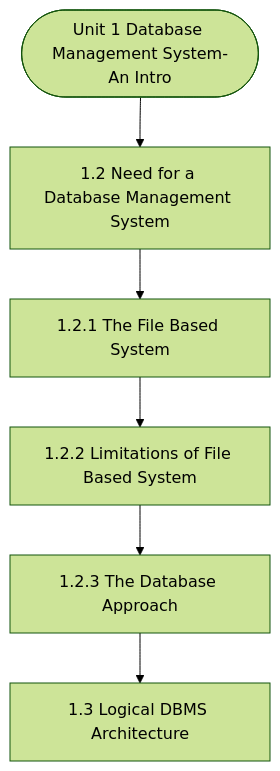
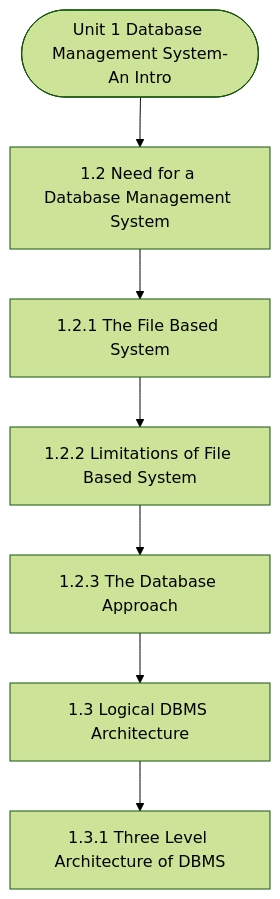
Before and after one commit to Asutosh-Coaching/mscdsa: the diagram in notes/Semester_1/MCS-207_Database_Management_Systems/unit_01_Database_Management_System-An_Introduction.md, drawn with Mermaid (forest theme). The commit also changed other lines of this file and 116 other files, not shown here.

````diff
--- a/notes/Semester_1/MCS-207_Database_Management_Systems/unit_01_Database_Management_System-An_Introduction.md
+++ b/notes/Semester_1/MCS-207_Database_Management_Systems/unit_01_Database_Management_System-An_Introduction.md
@@ -19,14 +19,16 @@
 ```mermaid
 flowchart TD
   Start(["Unit 1 Database Management System-An Intro"])
   N1["1.2 Need for a Database Management System"]
   N2["1.2.1 The File Based System"]
   N3["1.2.2 Limitations of File Based System"]
   N4["1.2.3 The Database Approach"]
   N5["1.3 Logical DBMS Architecture"]
+  N6["1.3.1 Three Level Architecture of DBMS"]
   Start --> N1
   N1 --> N2
   N2 --> N3
   N3 --> N4
   N4 --> N5
+  N5 --> N6
 ```
````
